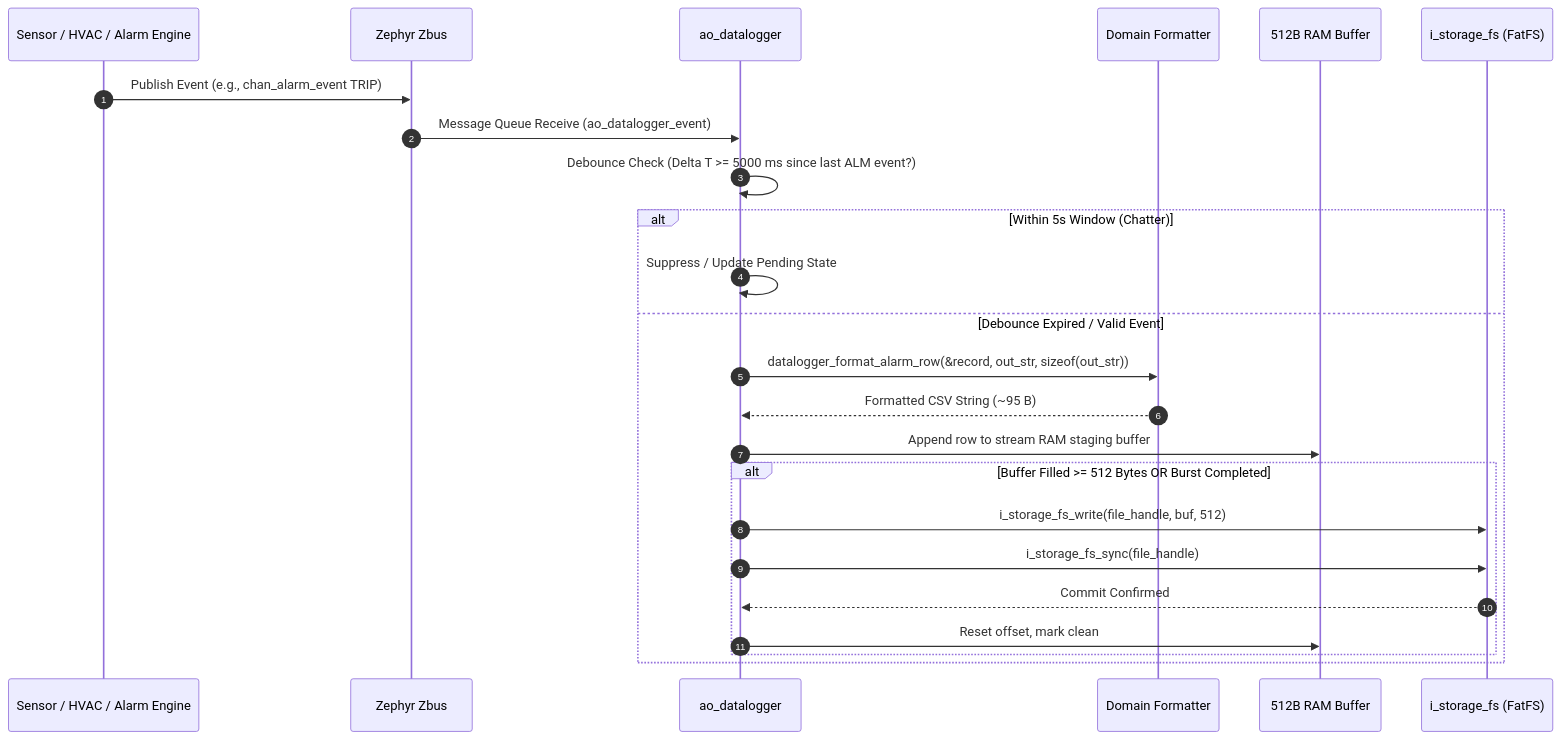
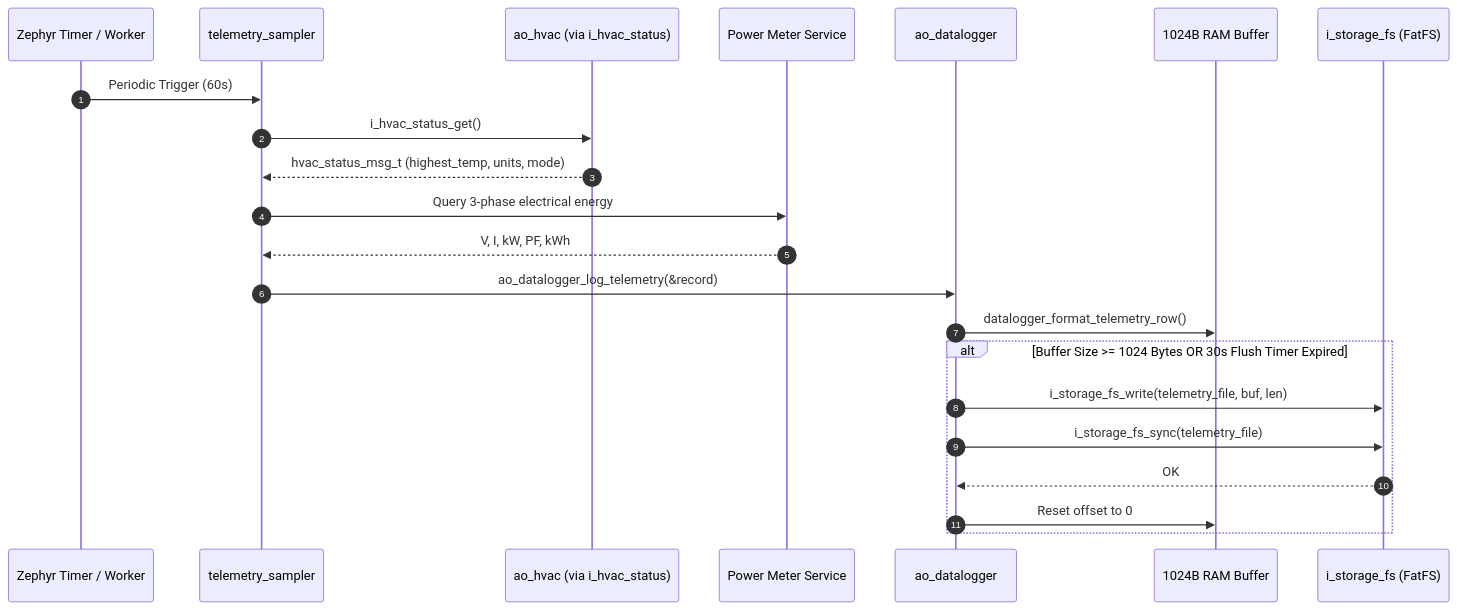
Before and after one commit to dowhile98/BrightC-telemetry: the second of 2 diagrams in doc/architecture/historical_datalogger_storage_subsystem.md, drawn with Mermaid. The commit also changed other lines of this file and 21 other files, not shown here.

First line of the commit message:
feat: Implement HVAC status interface and telemetry sampler service

````diff
--- a/doc/architecture/historical_datalogger_storage_subsystem.md
+++ b/doc/architecture/historical_datalogger_storage_subsystem.md
@@ -580,27 +300,25 @@
 ```mermaid
 sequenceDiagram
     autonumber
-    participant Sens as Sensor / HVAC / Alarm Engine
-    participant Zbus as Zephyr Zbus
+    participant Timer as Zephyr Timer / Worker
+    participant Sampler as telemetry_sampler
+    participant HVAC as ao_hvac (via i_hvac_status)
+    participant Power as Power Meter Service
     participant AO as ao_datalogger
-    participant Fmt as Domain Formatter
-    participant Buf as 512B RAM Buffer
+    participant Buf as 1024B RAM Buffer
     participant FS as i_storage_fs (FatFS)
 
-    Sens->>Zbus: Publish Event (e.g., chan_alarm_event TRIP)
-    Zbus->>AO: Message Queue Receive (ao_datalogger_event)
-    AO->>AO: Debounce Check (Delta T >= 5000 ms since last ALM event?)
-    alt Within 5s Window (Chatter)
-        AO->>AO: Suppress / Update Pending State
-    else Debounce Expired / Valid Event
-        AO->>Fmt: datalogger_format_alarm_row(&record, out_str, sizeof(out_str))
-        Fmt-->>AO: Formatted CSV String (~95 B)
-        AO->>Buf: Append row to stream RAM staging buffer
-        alt Buffer Filled >= 512 Bytes OR Burst Completed
-            AO->>FS: i_storage_fs_write(file_handle, buf, 512)
-            AO->>FS: i_storage_fs_sync(file_handle)
-            FS-->>AO: Commit Confirmed
-            AO->>Buf: Reset offset, mark clean
-        end
+    Timer->>Sampler: Periodic Trigger (60s)
+    Sampler->>HVAC: i_hvac_status_get()
+    HVAC-->>Sampler: hvac_status_msg_t (highest_temp, units, mode)
+    Sampler->>Power: Query 3-phase electrical energy
+    Power-->>Sampler: V, I, kW, PF, kWh
+    Sampler->>AO: ao_datalogger_log_telemetry(&record)
+    AO->>Buf: datalogger_format_telemetry_row()
+    alt Buffer Size >= 1024 Bytes OR 30s Flush Timer Expired
+        AO->>FS: i_storage_fs_write(telemetry_file, buf, len)
+        AO->>FS: i_storage_fs_sync(telemetry_file)
+        FS-->>AO: OK
+        AO->>Buf: Reset offset to 0
     end
 ```
````
